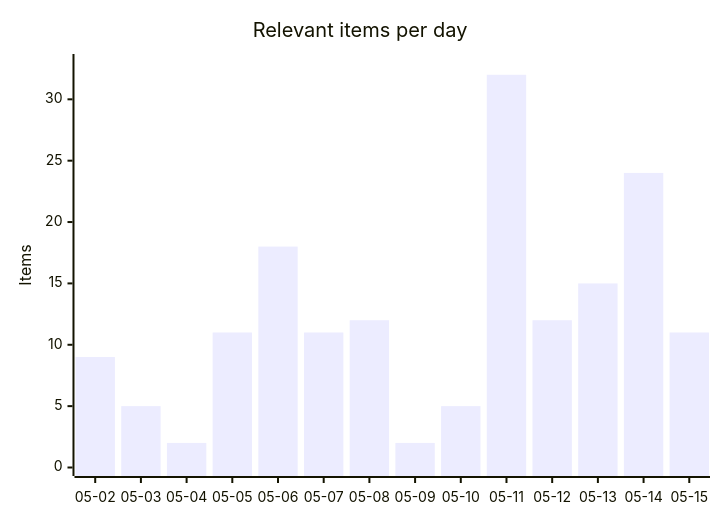
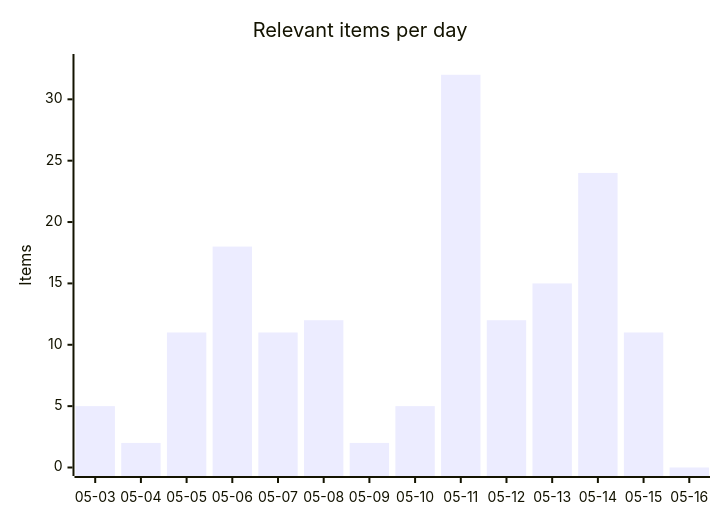
The first of 4 diagrams in README.md (martinbalfanz/social-scanner-reports), drawn with Mermaid before and after one commit. The commit also changed other lines of this file and 2 other files, not shown here.

Commit message:
Update reports through 2026-05-16

````diff
--- a/README.md
+++ b/README.md
@@ -30,7 +30,7 @@
 ```mermaid
 xychart-beta
     title "Relevant items per day"
-    x-axis ["05-02", "05-03", "05-04", "05-05", "05-06", "05-07", "05-08", "05-09", "05-10", "05-11", "05-12", "05-13", "05-14", "05-15"]
+    x-axis ["05-03", "05-04", "05-05", "05-06", "05-07", "05-08", "05-09", "05-10", "05-11", "05-12", "05-13", "05-14", "05-15", "05-16"]
     y-axis "Items" 0 --> 33
-    bar [9, 5, 2, 11, 18, 11, 12, 2, 5, 32, 12, 15, 24, 11]
+    bar [5, 2, 11, 18, 11, 12, 2, 5, 32, 12, 15, 24, 11, 0]
 ```
````
